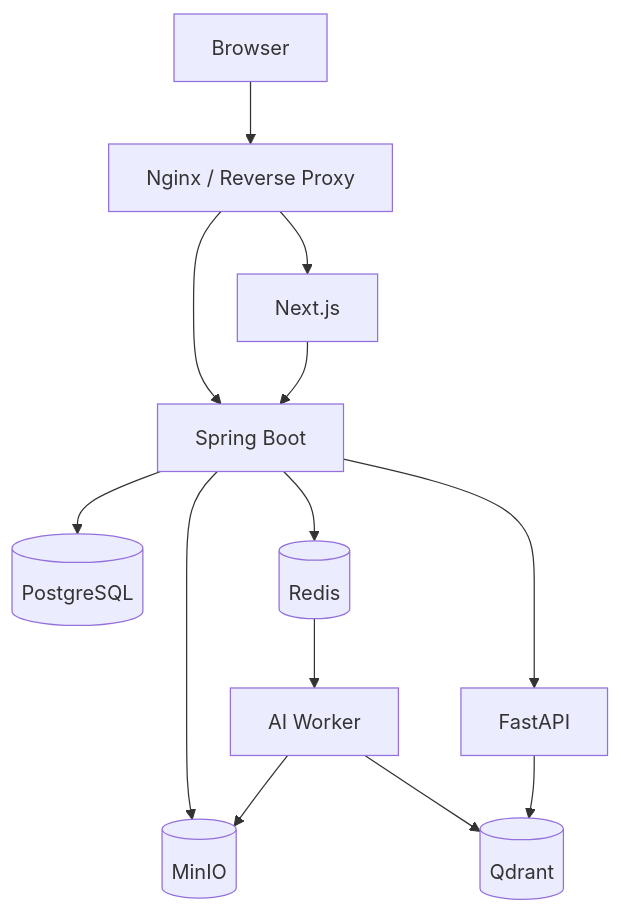
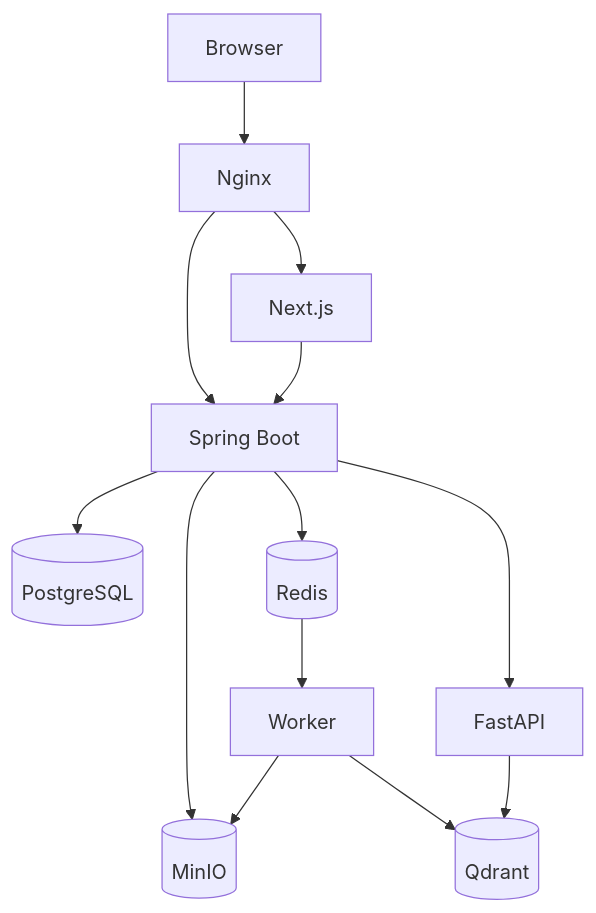
Before and after one commit to Hoang-k68a3hus/support_learning: the second of 3 diagrams in AI_Study_Assistant_2.0_FULL_WEB_SYSTEM_DESIGN.md, drawn with Mermaid. The commit also changed other lines of this file, not shown here.

````diff
--- a/AI_Study_Assistant_2.0_FULL_WEB_SYSTEM_DESIGN.md
+++ b/AI_Study_Assistant_2.0_FULL_WEB_SYSTEM_DESIGN.md
@@ -4086,32 +2519,26 @@
 ```mermaid
 flowchart TB
     B[Browser]
-
-    N[Nginx / Reverse Proxy]
+    N[Nginx]
     FE[Next.js]
     BE[Spring Boot]
     AI[FastAPI]
-    W[AI Worker]
-
+    W[Worker]
     PG[(PostgreSQL)]
     RD[(Redis)]
     FS[(MinIO)]
     V[(Qdrant)]
 
     B --> N
     N --> FE
     N --> BE
-
     FE --> BE
-
     BE --> PG
     BE --> RD
     BE --> FS
     BE --> AI
-
     RD --> W
     W --> FS
     W --> V
-
     AI --> V
 ```
````
